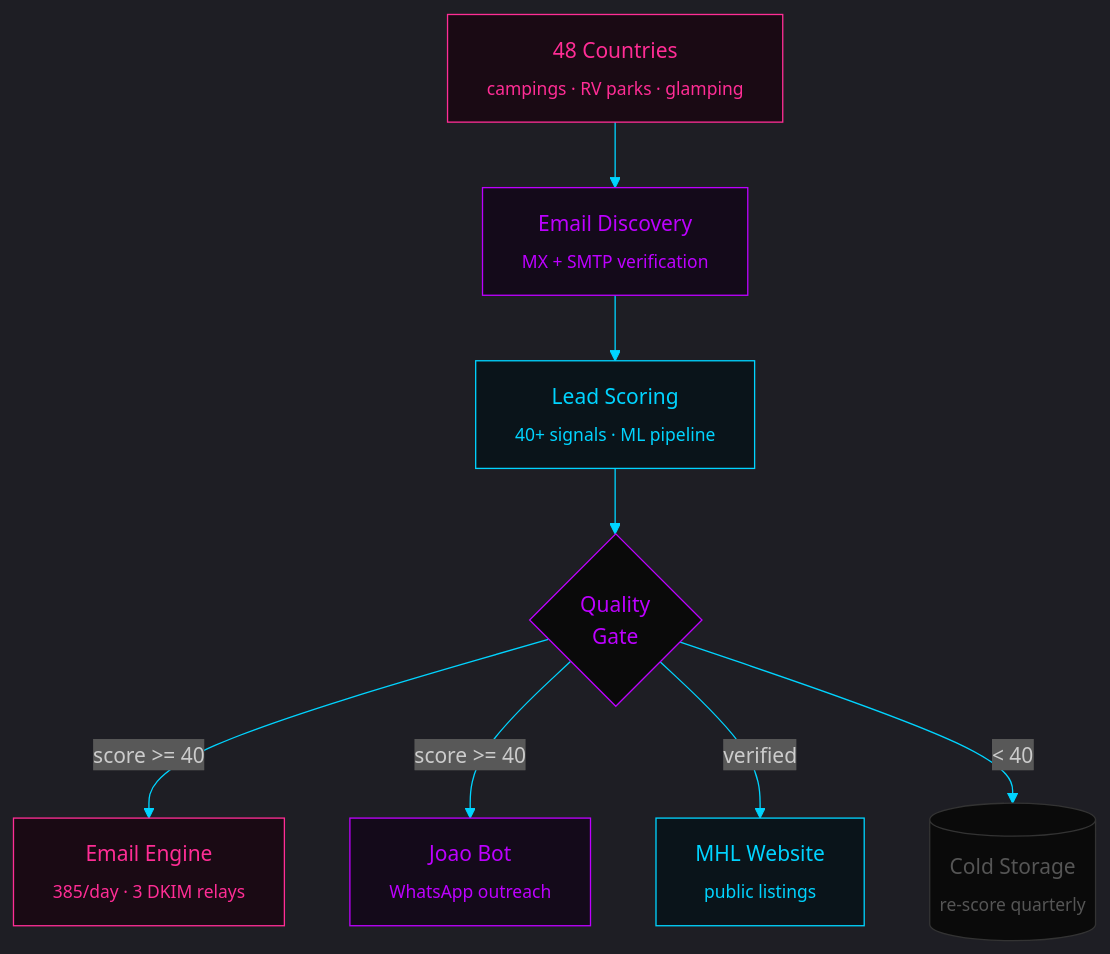
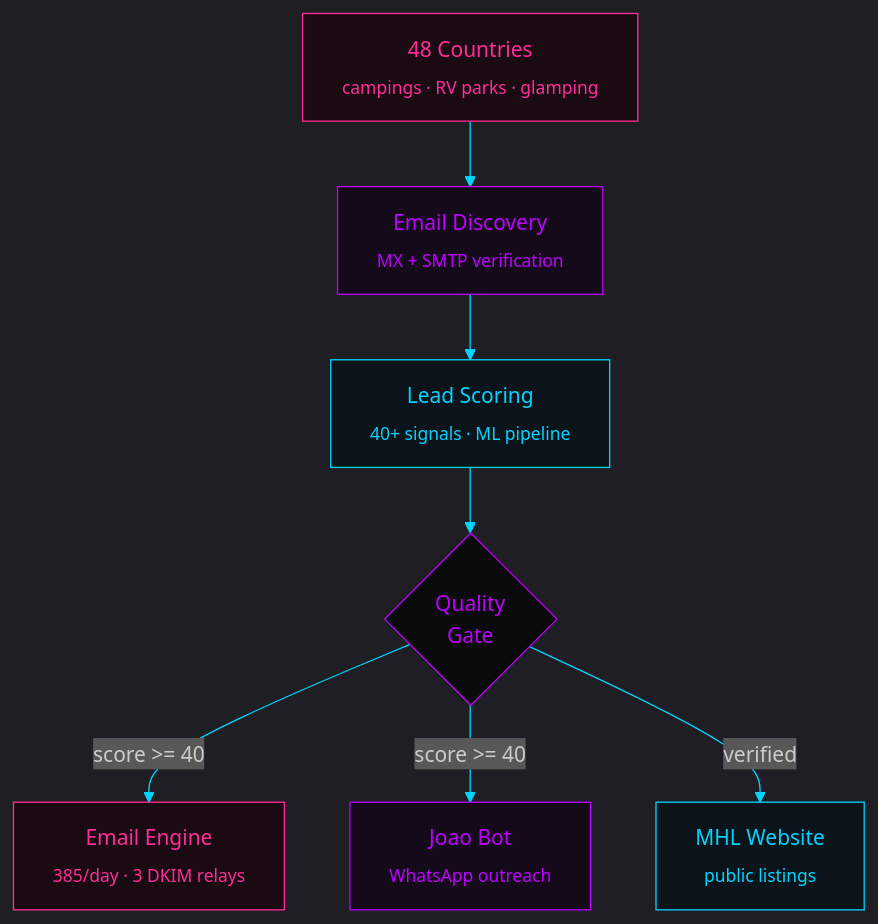
One commit to MatheusAgueda/MatheusAgueda changed the second of 2 diagrams in README.md. Above: the diagram before and after it, drawn with Mermaid. The commit also changed other lines of this file and 6 other files, not shown here.

````diff
--- a/README.md
+++ b/README.md
@@ -310,26 +196,24 @@
 ```mermaid
 %%{init: {'theme': 'dark', 'themeVariables': {
   'primaryColor': '#FF2D95',
   'primaryTextColor': '#cccccc',
   'primaryBorderColor': '#BD00FF',
   'lineColor': '#00D4FF',
   'secondaryColor': '#111122',
   'tertiaryColor': '#0d0d1a'
 }}}%%
 
 flowchart TB
   SCRAPE["48 Countries<br/><sub>campings · RV parks · glamping</sub>"]:::pink
   --> ENRICH["Email Discovery<br/><sub>MX + SMTP verification</sub>"]:::purple
   --> SCORE["Lead Scoring<br/><sub>40+ signals · ML pipeline</sub>"]:::cyan
   --> GATE{"Quality<br/>Gate"}:::gate
   GATE -->|"score >= 40"| SEND["Email Engine<br/><sub>385/day · 3 DKIM relays</sub>"]:::pink
   GATE -->|"score >= 40"| WA["Joao Bot<br/><sub>WhatsApp outreach</sub>"]:::purple
   GATE -->|"verified"| MHL["MHL Website<br/><sub>public listings</sub>"]:::cyan
-  GATE -->|"< 40"| COLD[("Cold Storage<br/><sub>re-score quarterly</sub>")]:::dim
 
   classDef pink fill:#1a0a14,stroke:#FF2D95,color:#FF2D95
   classDef purple fill:#140a1a,stroke:#BD00FF,color:#BD00FF
   classDef cyan fill:#0a141a,stroke:#00D4FF,color:#00D4FF
   classDef gate fill:#0a0a0a,stroke:#BD00FF,color:#BD00FF
-  classDef dim fill:#0a0a0a,stroke:#333,color:#555
 ```
````
